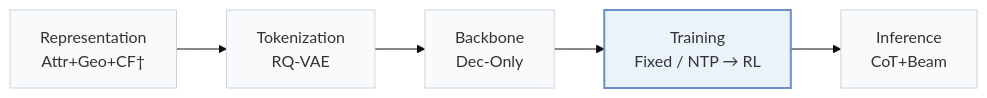
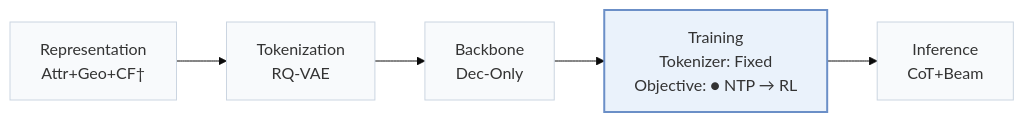
One commit to Galaxy-ghost/Awesome-SID-Generative-Rec changed the first of 3 diagrams in pages/papers/think2go.md. Above: the diagram before and after it, drawn with Mermaid (base theme). The commit also changed other lines of this file and 558 other files, not shown here.

````diff
--- a/pages/papers/think2go.md
+++ b/pages/papers/think2go.md
@@ -15,8 +19,8 @@
 ```mermaid
 flowchart LR
-    R["Representation<br/>Attr+Geo+CF†"] --> T["Tokenization<br/>RQ-VAE"] --> B["Backbone<br/>Dec-Only"] --> TR["Training<br/>Fixed / NTP → RL"] --> I["Inference<br/>CoT+Beam"]
+    R["Representation<br/>Attr+Geo+CF†"] --> T["Tokenization<br/>RQ-VAE"] --> B["Backbone<br/>Dec-Only"] --> TR["Training<br/>Tokenizer: Fixed<br/>Objective: ● NTP → RL"] --> I["Inference<br/>CoT+Beam"]
     classDef base fill:#f8fafc,stroke:#cbd5e1
     class R,T,B,TR,I base
     classDef main fill:#eaf2fb,stroke:#6b8fc7,stroke-width:2px
     class TR main
 ```
````
